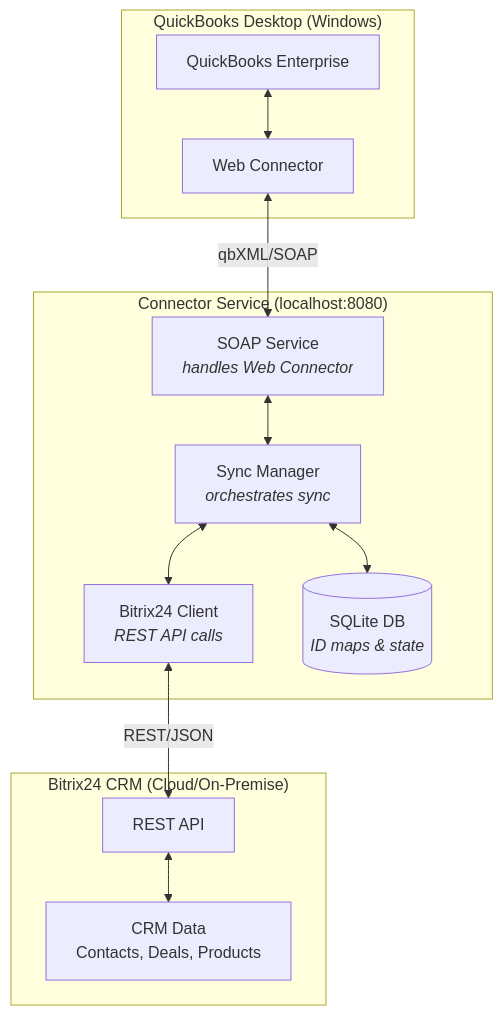
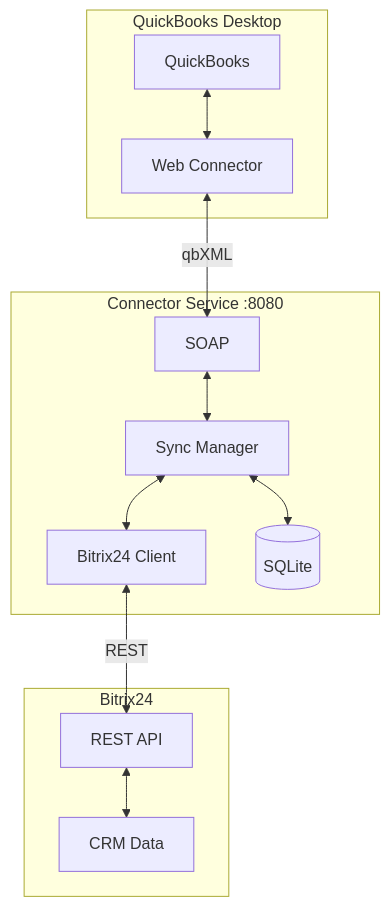
Before and after one commit to botpros-admin/qb-bitrix-connector: the fourth of 4 diagrams in README.md, drawn with Mermaid. The commit also changed other lines of this file, not shown here.

````diff
--- a/README.md
+++ b/README.md
@@ -431,28 +159,15 @@
 ```mermaid
 flowchart TB
-    subgraph QBSide["QuickBooks Desktop (Windows)"]
-        QBApp["QuickBooks Enterprise"]
-        WebConn["Web Connector"]
-        QBApp <--> WebConn
+    subgraph QB["QuickBooks Desktop"]
+        QBApp["QuickBooks"] <--> WC["Web Connector"]
     end
-
-    subgraph ConnectorService["Connector Service (localhost:8080)"]
-        SOAP["SOAP Service<br/><i>handles Web Connector</i>"]
-        SyncMgr["Sync Manager<br/><i>orchestrates sync</i>"]
-        B24Client["Bitrix24 Client<br/><i>REST API calls</i>"]
-        SQLite[("SQLite DB<br/><i>ID maps & state</i>")]
-
-        SOAP <--> SyncMgr
-        SyncMgr <--> B24Client
-        SyncMgr <--> SQLite
+    subgraph Connector["Connector Service :8080"]
+        SOAP["SOAP"] <--> Sync["Sync Manager"] <--> B24C["Bitrix24 Client"]
+        Sync <--> DB[("SQLite")]
     end
-
-    subgraph BitrixSide["Bitrix24 CRM (Cloud/On-Premise)"]
-        B24API["REST API"]
-        B24Data["CRM Data<br/>Contacts, Deals, Products"]
-        B24API <--> B24Data
+    subgraph B24["Bitrix24"]
+        API["REST API"] <--> Data["CRM Data"]
     end
-
-    WebConn <-->|"qbXML/SOAP"| SOAP
-    B24Client <-->|"REST/JSON"| B24API
+    WC <-->|"qbXML"| SOAP
+    B24C <-->|"REST"| API
 ```
````
